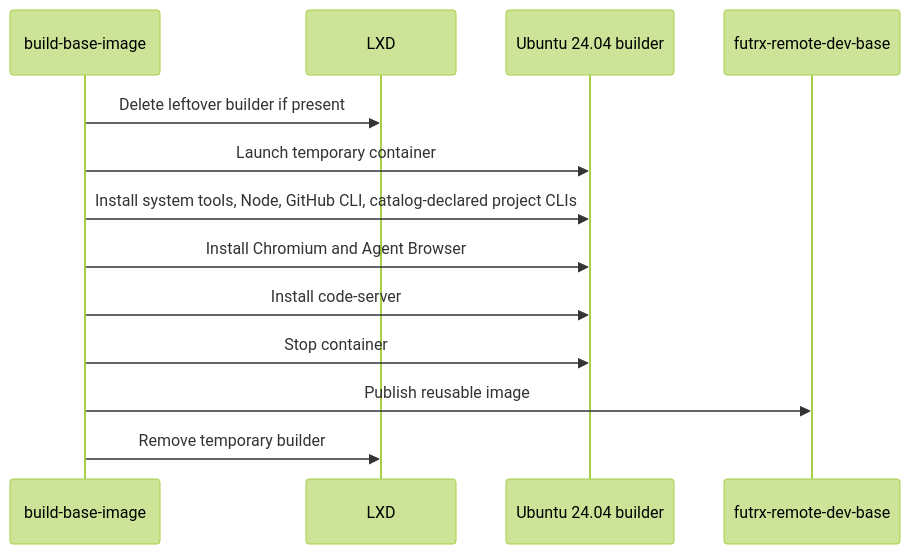
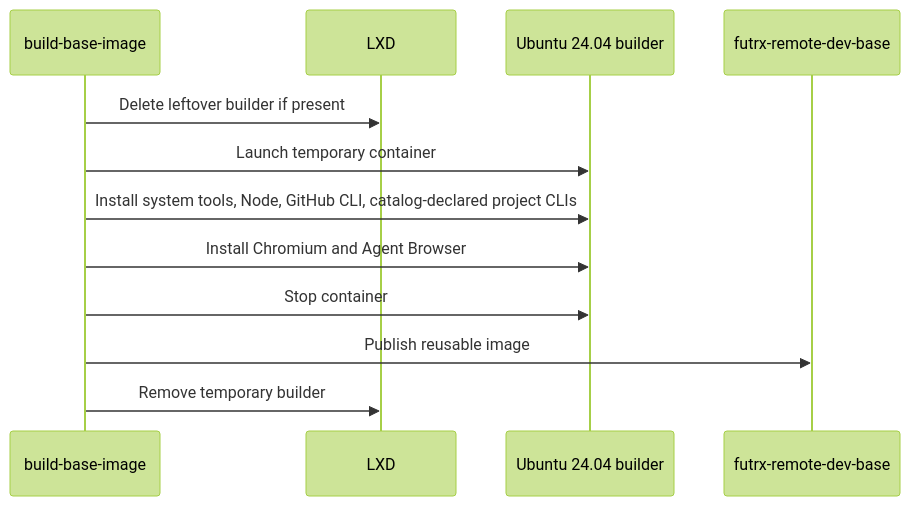
Before and after one commit to Ahmedwaleed22/remote.futrx: the fourth of 6 diagrams in docs/04-operations/09-deployment-and-operations.md, drawn with Mermaid (forest theme). The commit also changed other lines of this file and 51 other files, not shown here.

Commit message:
feat: make Code Server an optional project application

````diff
--- a/docs/04-operations/09-deployment-and-operations.md
+++ b/docs/04-operations/09-deployment-and-operations.md
@@ -121,16 +121,15 @@
 ```mermaid
 sequenceDiagram
     participant Builder as build-base-image
     participant LXD
     participant Ubuntu as Ubuntu 24.04 builder
     participant Alias as futrx-remote-dev-base
 
     Builder->>LXD: Delete leftover builder if present
     Builder->>Ubuntu: Launch temporary container
     Builder->>Ubuntu: Install system tools, Node, GitHub CLI, catalog-declared project CLIs
     Builder->>Ubuntu: Install Chromium and Agent Browser
-    Builder->>Ubuntu: Install code-server
     Builder->>Ubuntu: Stop container
     Builder->>Alias: Publish reusable image
     Builder->>LXD: Remove temporary builder
 ```
````
